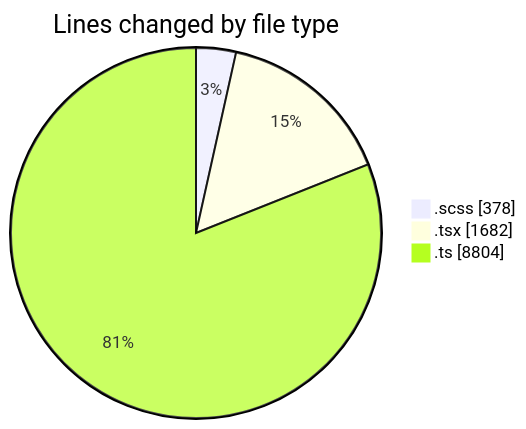
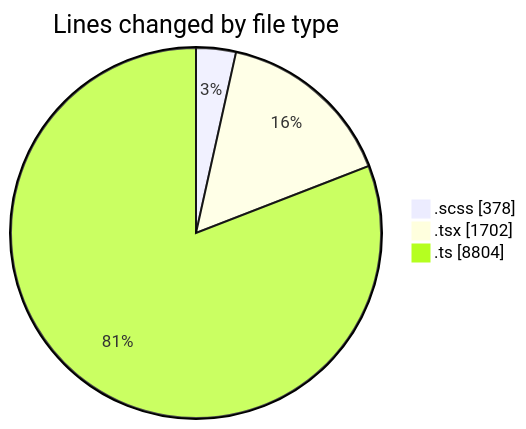
Before and after one commit to momahboobian/code-tracking: the first of 2 diagrams in 2025-03-04/cda/README.md, drawn with Mermaid. The commit also changed other lines of this file and 1 other file, not shown here.

````diff
--- a/2025-03-04/cda/README.md
+++ b/2025-03-04/cda/README.md
@@ -38,7 +38,7 @@
 ```mermaid
 pie showData
 title Lines changed by file type
 ".scss" : 378
-".tsx" : 1682
+".tsx" : 1702
 ".ts" : 8804
 ```
````
